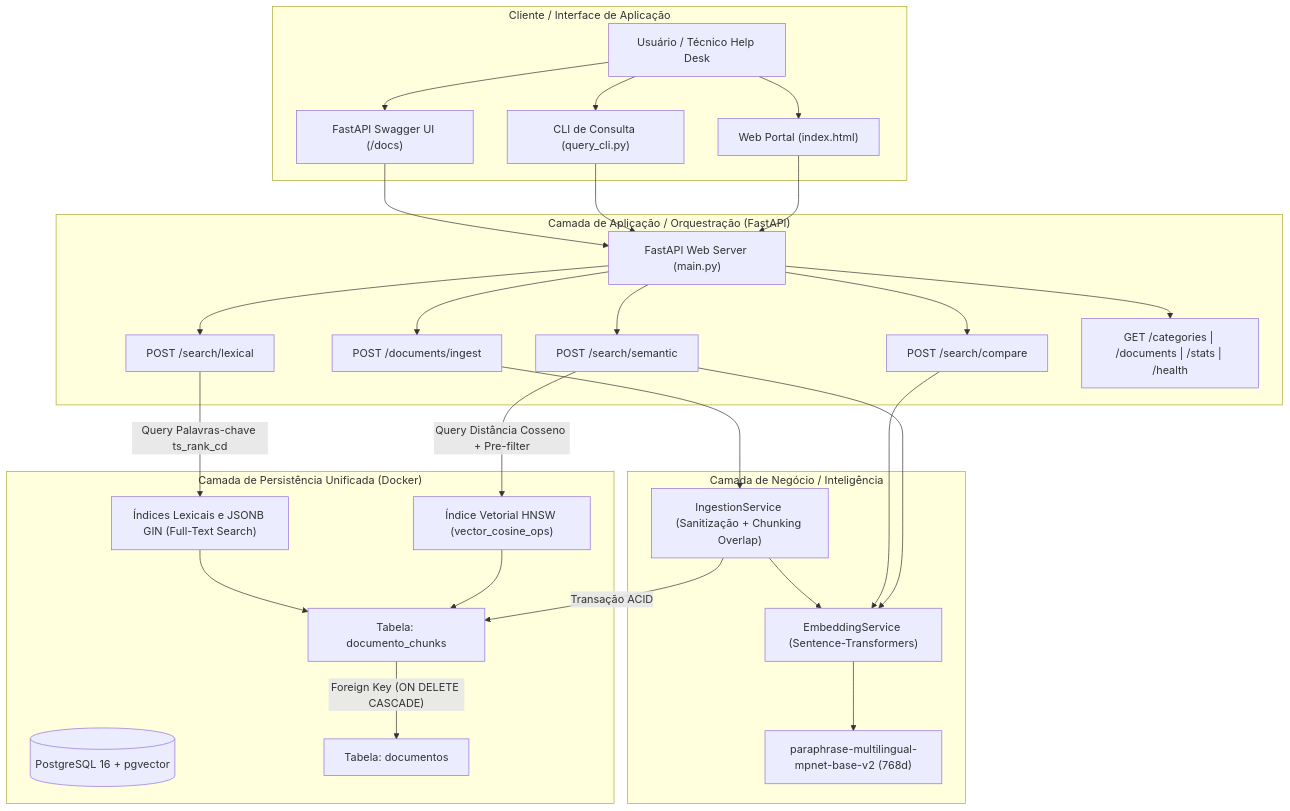
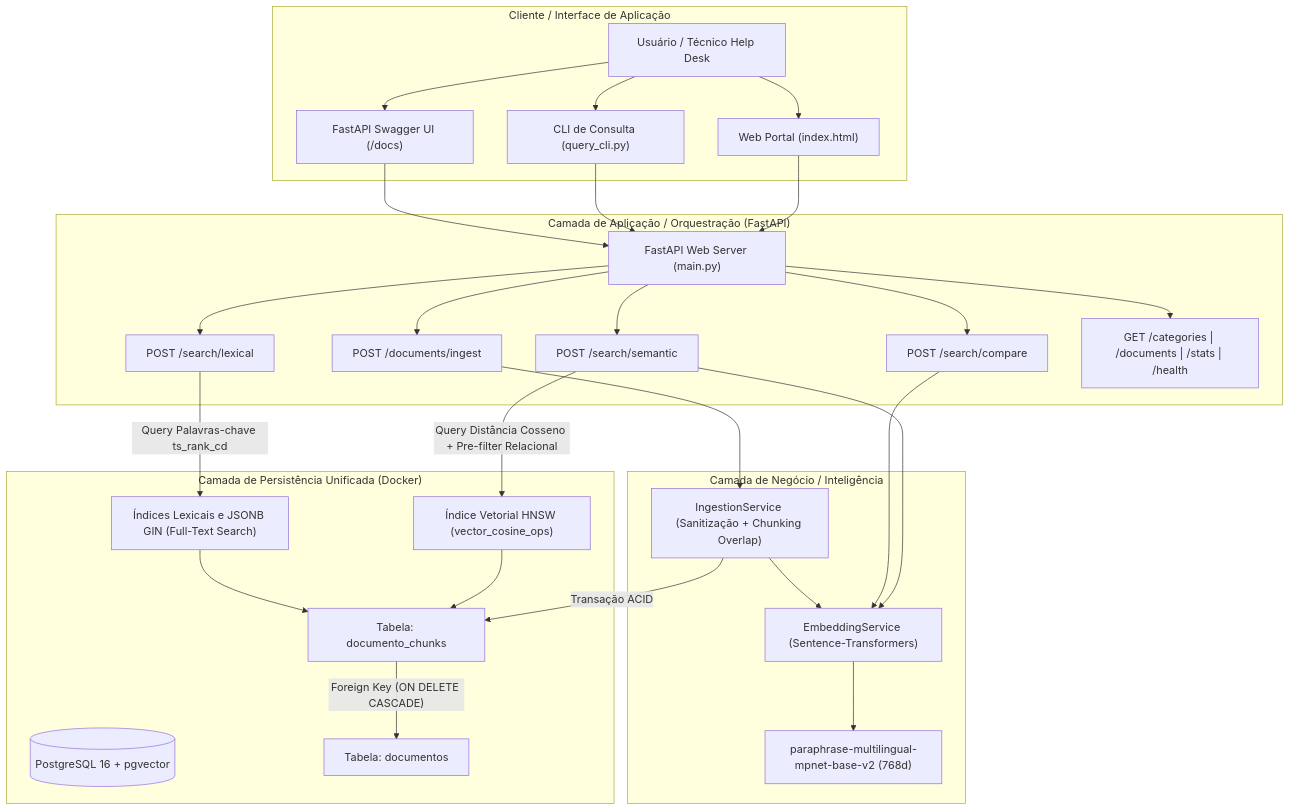
Before and after one commit to MatheusAquinoo/tcc-busca-semantica: the diagram in README.md, drawn with Mermaid. The commit also changed other lines of this file and 18 other files, not shown here.

````diff
--- a/README.md
+++ b/README.md
@@ -16,50 +16,50 @@
 ```mermaid
 flowchart TD
     subgraph Cliente["Cliente / Interface de Aplicação"]
         User["Usuário / Técnico Help Desk"]
         WebUI["Web Portal (index.html)"]
         CLI["CLI de Consulta (query_cli.py)"]
         Swagger["FastAPI Swagger UI (/docs)"]
         User --> WebUI
         User --> CLI
         User --> Swagger
     end
 
     subgraph Camada_API["Camada de Aplicação / Orquestração (FastAPI)"]
         FastAPI["FastAPI Web Server (main.py)"]
         WebUI --> FastAPI
         CLI --> FastAPI
         Swagger --> FastAPI
         FastAPI --> SemRoute["POST /search/semantic"]
         FastAPI --> LexRoute["POST /search/lexical"]
         FastAPI --> CompRoute["POST /search/compare"]
         FastAPI --> IngestRoute["POST /documents/ingest"]
         FastAPI --> CatRoute["GET /categories | /documents | /stats | /health"]
     end
 
     subgraph Camada_Negocio["Camada de Negócio / Inteligência"]
         EmbedService["EmbeddingService (Sentence-Transformers)"]
         IngestService["IngestionService (Sanitização + Chunking Overlap)"]
         Model["paraphrase-multilingual-mpnet-base-v2 (768d)"]
         EmbedService --> Model
         SemRoute --> EmbedService
         CompRoute --> EmbedService
         IngestRoute --> IngestService
         IngestService --> EmbedService
     end
 
     subgraph Camada_Dados["Camada de Persistência Unificada (Docker)"]
         Postgres[(PostgreSQL 16 + pgvector)]
         T_Doc["Tabela: documentos"]
         T_Chunks["Tabela: documento_chunks"]
         HNSW["Índice Vetorial HNSW (vector_cosine_ops)"]
         GIN["Índices Lexicais e JSONB GIN (Full-Text Search)"]
         
-        SemRoute -->|"Query Distância Cosseno + Pre-filter"| HNSW
+        SemRoute -->|"Query Distância Cosseno + Pre-filter Relacional"| HNSW
         LexRoute -->|"Query Palavras-chave ts_rank_cd"| GIN
         IngestService -->|"Transação ACID"| T_Chunks
         HNSW --> T_Chunks
         GIN --> T_Chunks
         T_Chunks -->|"Foreign Key (ON DELETE CASCADE)"| T_Doc
     end
 ```
````
